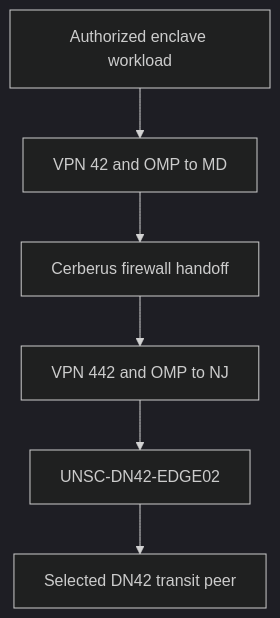
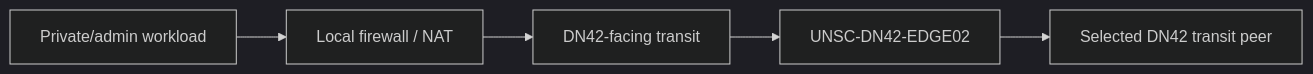
The second of 3 diagrams in docs/data-flows.md (ksmoove21/unsc-dn42), drawn with Mermaid (dark theme) before and after one commit. The commit also changed other lines of this file, not shown here.

Commit message:
Update DN42 data flows for public and private addressing

````diff
--- a/docs/data-flows.md
+++ b/docs/data-flows.md
@@ -46,8 +43,7 @@
 ```mermaid
-flowchart TB
-  W["Authorized enclave workload"] --> A["VPN 42 and OMP to MD"]
-  A --> F["Cerberus firewall handoff"]
-  F --> V["VPN 442 and OMP to NJ"]
+flowchart LR
+  W["Private/admin workload"] --> F["Local firewall / NAT"]
+  F --> V["DN42-facing transit"]
   V --> E["UNSC-DN42-EDGE02"]
-  E --> D["Selected DN42 transit peer"]
+  E --> T["Selected DN42 transit peer"]
 ```
````
